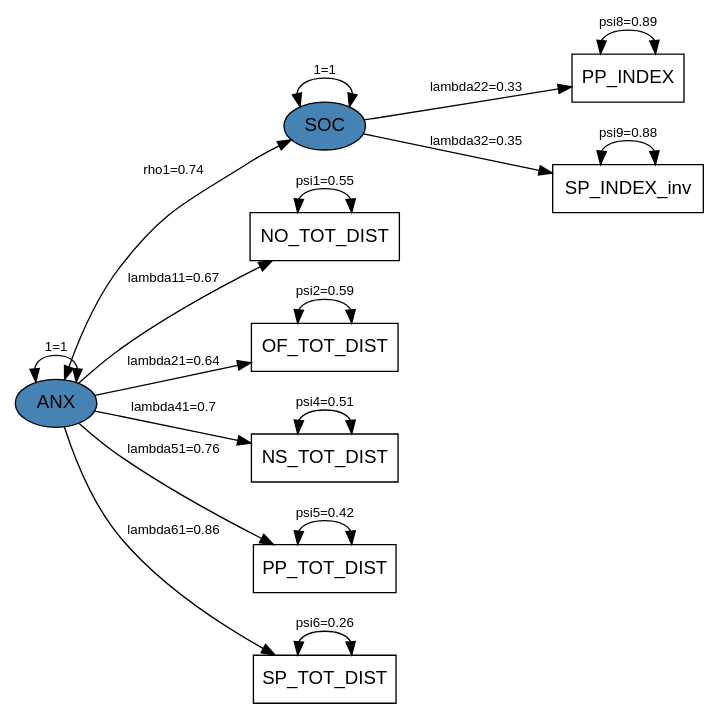
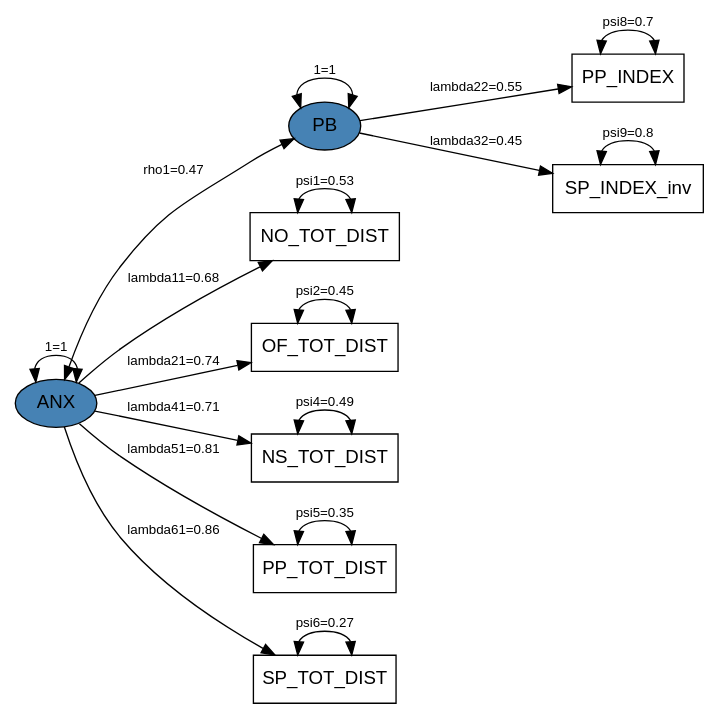
One commit to LynnSHuang/ST542-Project changed the diagram in Risk_Model_plot.dot. Above: the diagram before and after it, drawn with Graphviz. The commit also changed 2 other files, not shown here.

```diff
--- a/Risk_Model_plot.dot
+++ b/Risk_Model_plot.dot
@@ -1,33 +1,33 @@
 digraph "Risk_Model" {
   rankdir=LR;
   size="8,8";
   node [fontname="Helvetica" fontsize=14 fillcolor="steelblue" shape=box style=filled];
   edge [fontname="Helvetica" fontsize=10];
   center=1;
   "ANX" [shape=ellipse]
-  "SOC" [shape=ellipse]
+  "PB" [shape=ellipse]
   "NO_TOT_DIST" [fillcolor="transparent"]
   "OF_TOT_DIST" [fillcolor="transparent"]
   "NS_TOT_DIST" [fillcolor="transparent"]
   "PP_TOT_DIST" [fillcolor="transparent"]
   "SP_TOT_DIST" [fillcolor="transparent"]
   "PP_INDEX" [fillcolor="transparent"]
   "SP_INDEX_inv" [fillcolor="transparent"]
-  "ANX" -> "NO_TOT_DIST" [label="lambda11=0.67" color=black penwidth=1.001];
-  "ANX" -> "OF_TOT_DIST" [label="lambda21=0.64" color=black penwidth=1.001];
-  "ANX" -> "NS_TOT_DIST" [label="lambda41=0.7" color=black penwidth=1.001];
-  "ANX" -> "PP_TOT_DIST" [label="lambda51=0.76" color=black penwidth=1.001];
+  "ANX" -> "NO_TOT_DIST" [label="lambda11=0.68" color=black penwidth=1.001];
+  "ANX" -> "OF_TOT_DIST" [label="lambda21=0.74" color=black penwidth=1.001];
+  "ANX" -> "NS_TOT_DIST" [label="lambda41=0.71" color=black penwidth=1.001];
+  "ANX" -> "PP_TOT_DIST" [label="lambda51=0.81" color=black penwidth=1.001];
   "ANX" -> "SP_TOT_DIST" [label="lambda61=0.86" color=black penwidth=1.001];
-  "SOC" -> "PP_INDEX" [label="lambda22=0.33" color=black penwidth=1.001];
-  "SOC" -> "SP_INDEX_inv" [label="lambda32=0.35" color=black penwidth=1.001];
-  "NO_TOT_DIST" -> "NO_TOT_DIST" [label="psi1=0.55" dir=both color=black penwidth=1.001];
-  "OF_TOT_DIST" -> "OF_TOT_DIST" [label="psi2=0.59" dir=both color=black penwidth=1.001];
-  "NS_TOT_DIST" -> "NS_TOT_DIST" [label="psi4=0.51" dir=both color=black penwidth=1.001];
-  "PP_TOT_DIST" -> "PP_TOT_DIST" [label="psi5=0.42" dir=both color=black penwidth=1.001];
-  "SP_TOT_DIST" -> "SP_TOT_DIST" [label="psi6=0.26" dir=both color=black penwidth=1.001];
-  "PP_INDEX" -> "PP_INDEX" [label="psi8=0.89" dir=both color=black penwidth=1.001];
-  "SP_INDEX_inv" -> "SP_INDEX_inv" [label="psi9=0.88" dir=both color=black penwidth=1.001];
+  "PB" -> "PP_INDEX" [label="lambda22=0.55" color=black penwidth=1.001];
+  "PB" -> "SP_INDEX_inv" [label="lambda32=0.45" color=black penwidth=1.001];
+  "NO_TOT_DIST" -> "NO_TOT_DIST" [label="psi1=0.53" dir=both color=black penwidth=1.001];
+  "OF_TOT_DIST" -> "OF_TOT_DIST" [label="psi2=0.45" dir=both color=black penwidth=1.001];
+  "NS_TOT_DIST" -> "NS_TOT_DIST" [label="psi4=0.49" dir=both color=black penwidth=1.001];
+  "PP_TOT_DIST" -> "PP_TOT_DIST" [label="psi5=0.35" dir=both color=black penwidth=1.001];
+  "SP_TOT_DIST" -> "SP_TOT_DIST" [label="psi6=0.27" dir=both color=black penwidth=1.001];
+  "PP_INDEX" -> "PP_INDEX" [label="psi8=0.7" dir=both color=black penwidth=1.001];
+  "SP_INDEX_inv" -> "SP_INDEX_inv" [label="psi9=0.8" dir=both color=black penwidth=1.001];
   "ANX" -> "ANX" [label="1=1" dir=both color=black penwidth=1.001];
-  "SOC" -> "SOC" [label="1=1" dir=both color=black penwidth=1.001];
-  "ANX" -> "SOC" [label="rho1=0.74" dir=both color=black penwidth=1.001];
+  "PB" -> "PB" [label="1=1" dir=both color=black penwidth=1.001];
+  "ANX" -> "PB" [label="rho1=0.47" dir=both color=black penwidth=1.001];
 }
```
